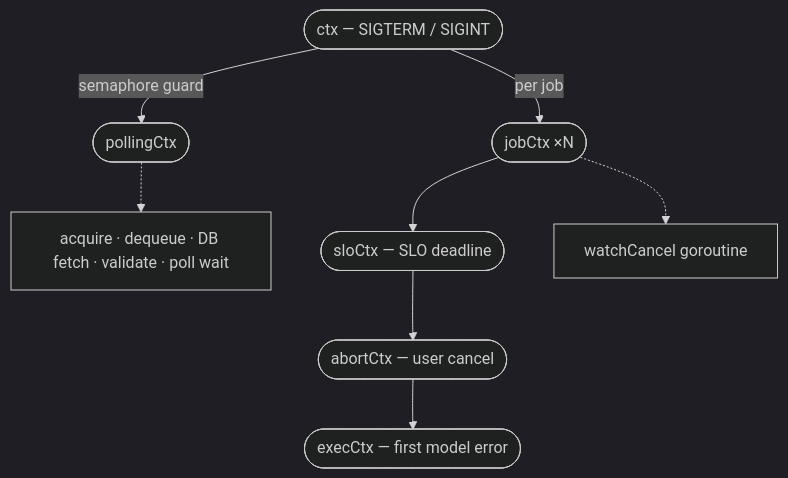
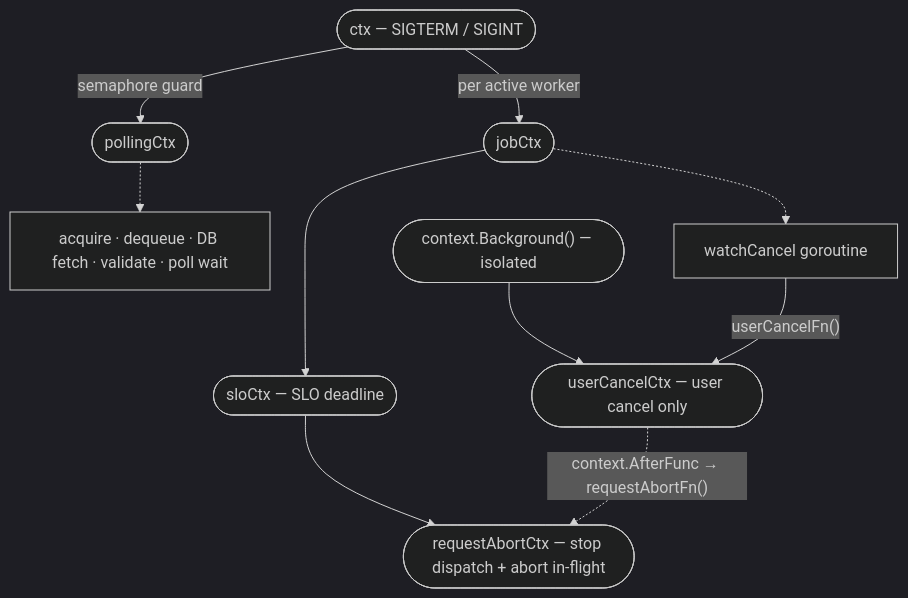
The second of 3 diagrams in docs/design/batch_processor_architecture.md (llm-d-incubation/batch-gateway), drawn with Mermaid (dark theme) before and after one commit. The commit also changed other lines of this file and 5 other files, not shown here.

Commit message:
refactor(worker): typed BatchErrorCode, recovery unification, and doc alignment

````diff
--- a/docs/design/batch_processor_architecture.md
+++ b/docs/design/batch_processor_architecture.md
@@ -228,15 +231,19 @@
 ```mermaid
 graph TD
     ctx(["ctx — SIGTERM / SIGINT"])
 
     ctx -->|"semaphore guard"| pollingCtx(["pollingCtx"])
-    ctx -->|"per job"| jobCtx(["jobCtx ×N"])
+    ctx -->|"per active worker"| jobCtx(["jobCtx"])
 
     pollingCtx -.-> polling["acquire · dequeue · DB fetch · validate · poll wait"]
 
     jobCtx --> sloCtx(["sloCtx — SLO deadline"])
     jobCtx -.-> watchCancel["watchCancel goroutine"]
 
-    sloCtx --> abortCtx(["abortCtx — user cancel"])
-    abortCtx --> execCtx(["execCtx — first model error"])
+    sloCtx --> requestAbortCtx(["requestAbortCtx — stop dispatch + abort in-flight"])
+
+    bg(["context.Background() — isolated"])
+    bg --> userCancelCtx(["userCancelCtx — user cancel only"])
+    watchCancel -->|"userCancelFn()"| userCancelCtx
+    userCancelCtx -.->|"context.AfterFunc → requestAbortFn()"| requestAbortCtx
 ```
````
